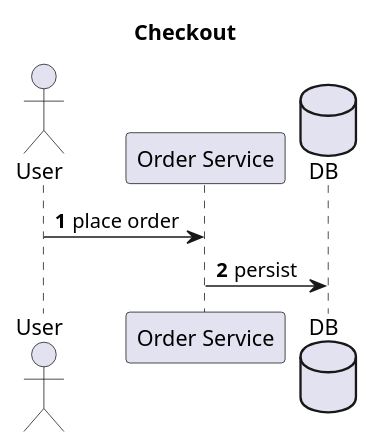
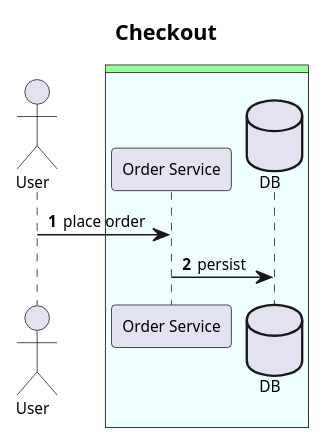
Before and after one commit to QuinntyneBrown/Cast: the first of 2 diagrams in README.md, drawn with PlantUML. The commit also changed other lines of this file and 45 other files, not shown here.

First line of the commit message:
Style diagrams: teoz engine, font size 10, nested participant boxes

````diff
--- a/README.md
+++ b/README.md
@@ -81,14 +81,20 @@
 ```plantuml
 @startuml
 ' Scaffolded by cast
+!pragma teoz true
+skinparam defaultFontSize 10
 title Checkout
 autonumber
 
 actor User
-participant "Order Service" as OS
-database DB
+box #PHYSICAL
+  box #AZURE
+    participant "Order Service" as OS
+    database DB
+  end box
+end box
 
 User -> OS : place order
 OS -> DB : persist
 @enduml
 ```
````
